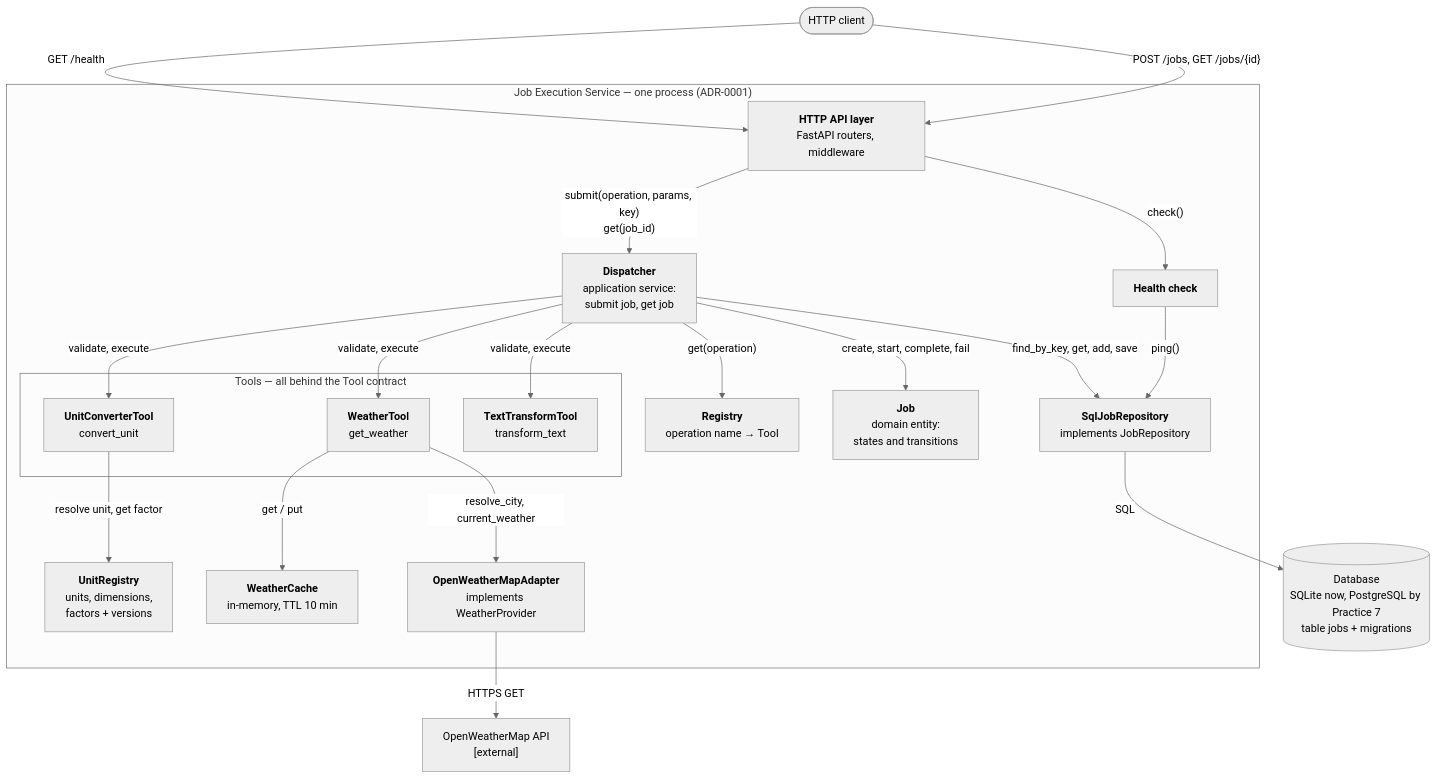
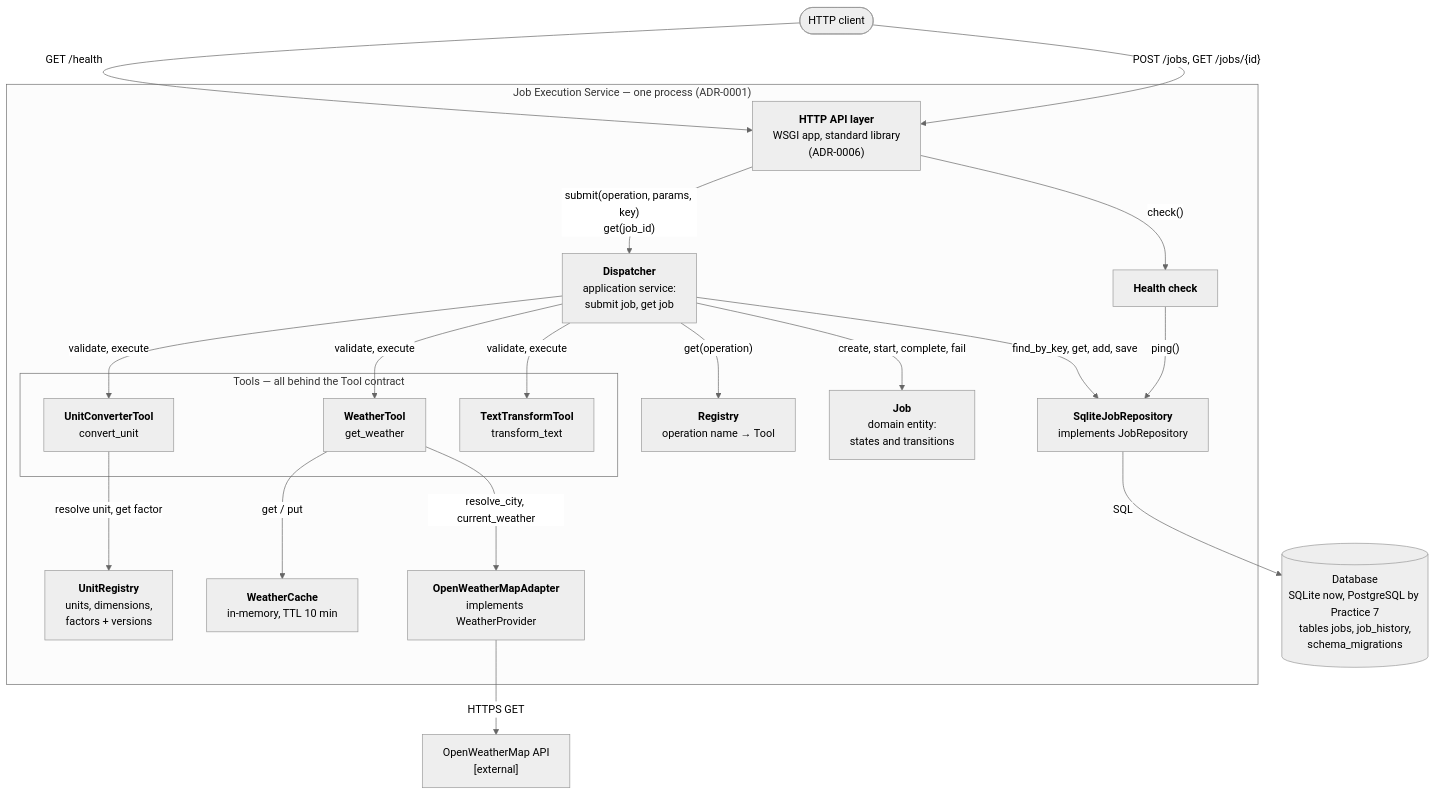
One commit to AIProgramIngeneering2026/team-african-crocodile changed the second of 3 diagrams in docs/architecture.md. Above: the diagram before and after it, drawn with Mermaid (neutral theme). The commit also changed other lines of this file and 4 other files, not shown here.

Commit message:
Docs: ADR-0006, README run commands, architecture and ADR status

````diff
--- a/docs/architecture.md
+++ b/docs/architecture.md
@@ -32,43 +32,43 @@
 ```mermaid
 flowchart TB
     client(["HTTP client"])
 
     subgraph svc["Job Execution Service — one process (ADR-0001)"]
-        http["<b>HTTP API layer</b><br/>FastAPI routers, middleware"]
+        http["<b>HTTP API layer</b><br/>WSGI app, standard library<br/>(ADR-0006)"]
         disp["<b>Dispatcher</b><br/>application service:<br/>submit job, get job"]
         reg["<b>Registry</b><br/>operation name → Tool"]
         job["<b>Job</b><br/>domain entity:<br/>states and transitions"]
 
         subgraph tools["Tools — all behind the Tool contract"]
             conv["<b>UnitConverterTool</b><br/>convert_unit"]
             wthr["<b>WeatherTool</b><br/>get_weather"]
             txt["<b>TextTransformTool</b><br/>transform_text"]
         end
 
         units["<b>UnitRegistry</b><br/>units, dimensions,<br/>factors + versions"]
         cache["<b>WeatherCache</b><br/>in-memory, TTL 10 min"]
         owmA["<b>OpenWeatherMapAdapter</b><br/>implements WeatherProvider"]
-        repo["<b>SqlJobRepository</b><br/>implements JobRepository"]
+        repo["<b>SqliteJobRepository</b><br/>implements JobRepository"]
         health["<b>Health check</b>"]
     end
 
-    db[("Database<br/>SQLite now, PostgreSQL by Practice 7<br/>table jobs + migrations")]
+    db[("Database<br/>SQLite now, PostgreSQL by Practice 7<br/>tables jobs, job_history,<br/>schema_migrations")]
     owm["OpenWeatherMap API<br/>[external]"]
 
     client -->|"POST /jobs, GET /jobs/{id}"| http
     client -->|"GET /health"| http
     http -->|"submit(operation, params, key)<br/>get(job_id)"| disp
     http -->|"check()"| health
     health -->|"ping()"| repo
     disp -->|"find_by_key, get, add, save"| repo
     disp -->|"get(operation)"| reg
     disp -->|"create, start, complete, fail"| job
     disp -->|"validate, execute"| conv
     disp -->|"validate, execute"| wthr
     disp -->|"validate, execute"| txt
     conv -->|"resolve unit, get factor"| units
     wthr -->|"get / put"| cache
     wthr -->|"resolve_city, current_weather"| owmA
     owmA -->|"HTTPS GET"| owm
     repo -->|"SQL"| db
 ```
````
